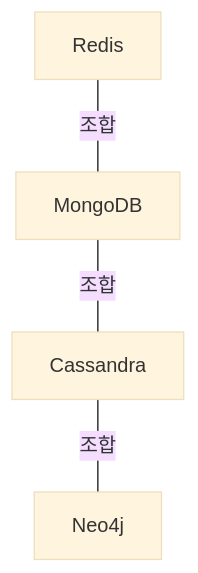
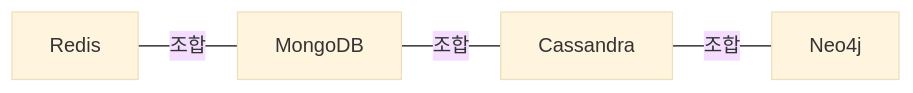
One commit to yjkim2015/yjkim2015.github.io changed the seventh of 7 diagrams in _posts/nosql/2026-05-03-nosql-comparison.md. Above: the diagram before and after it, drawn with Mermaid (base theme). The commit also changed other lines of this file and 84 other files, not shown here.

First line of the commit message:
85개 포스트 Mermaid 다이어그램 규칙 일괄 수정

````diff
--- a/_posts/nosql/2026-05-03-nosql-comparison.md
+++ b/_posts/nosql/2026-05-03-nosql-comparison.md
@@ -398,6 +397,6 @@
 ```mermaid
-graph TB
-    R["Redis"] ---|조합| M["MongoDB"]
-    M ---|조합| C["Cassandra"]
-    C ---|조합| N["Neo4j"]
+graph LR
+    R["Redis"] ---|"조합"| M["MongoDB"]
+    M ---|"조합"| C["Cassandra"]
+    C ---|"조합"| N["Neo4j"]
 ```
````
